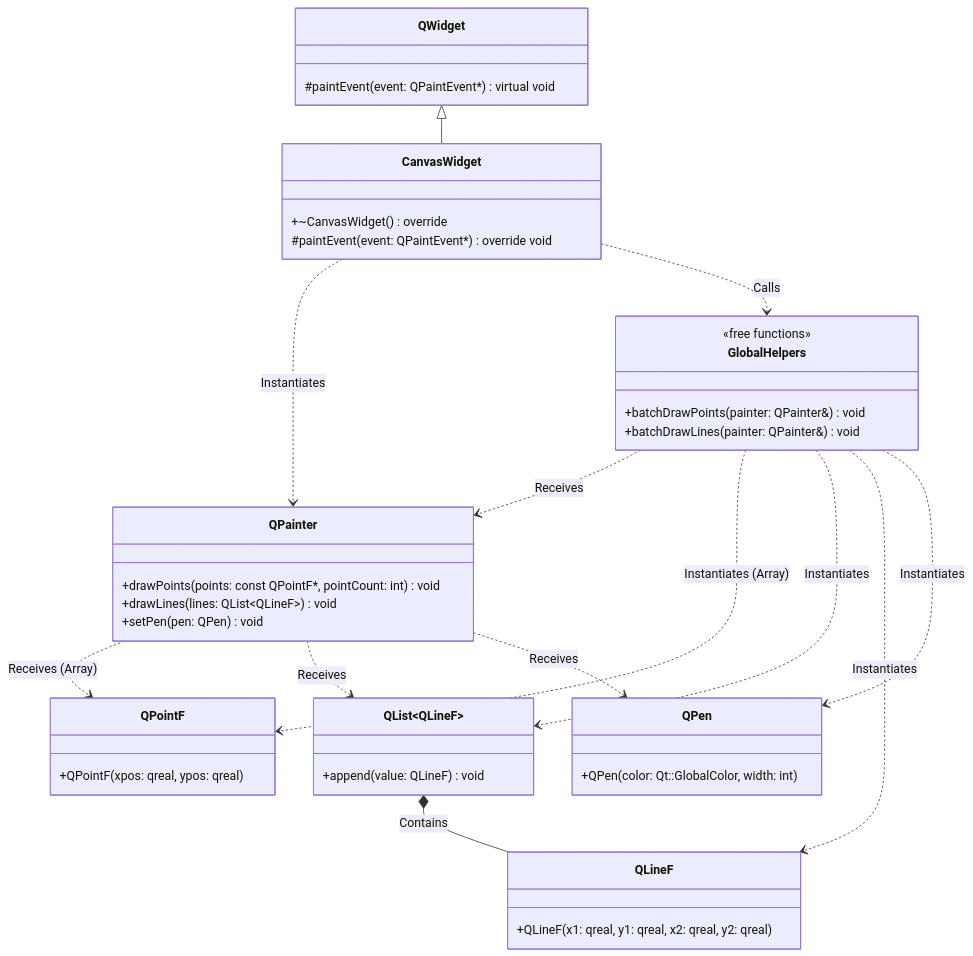
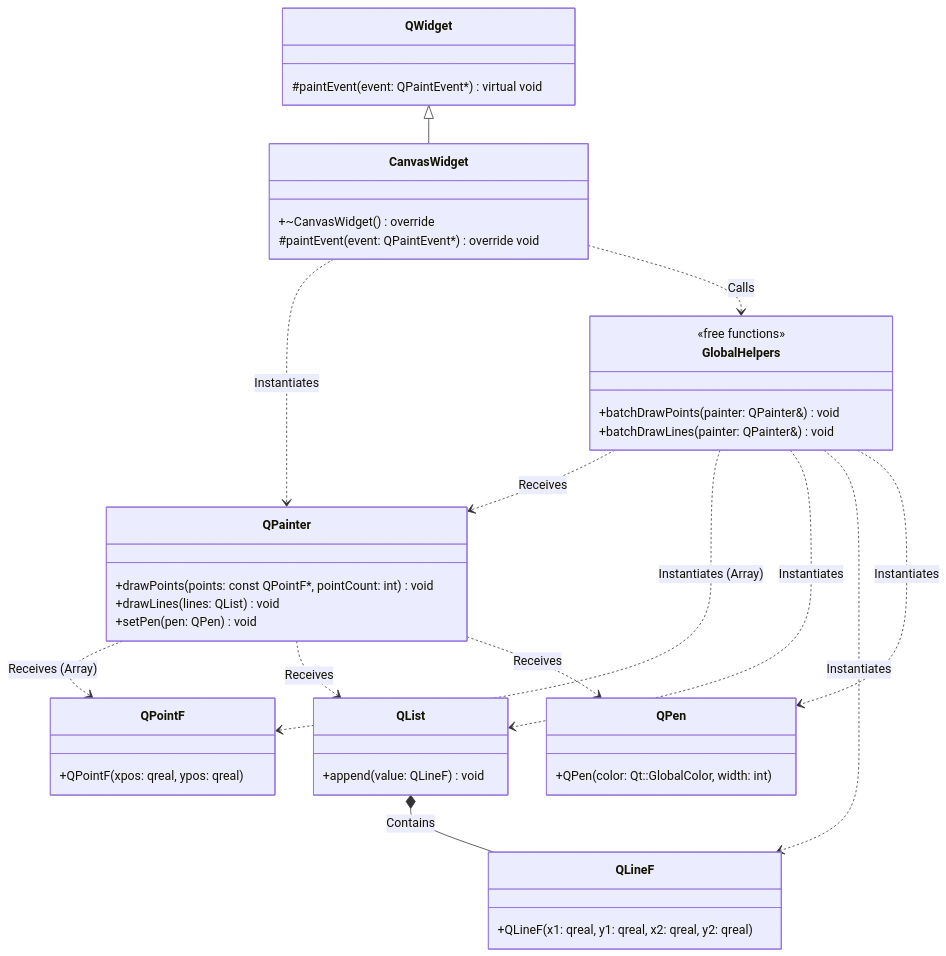
Before and after one commit to Mallikarjuna00G/qPainterLearning_001: the eighth of 17 diagrams in docs/listOfProjects.md, drawn with Mermaid. The commit also changed other lines of this file, not shown here.

Commit message:
docs: Fix mermaid diagram rendering errors

````diff
--- a/docs/listOfProjects.md
+++ b/docs/listOfProjects.md
@@ -387,56 +387,56 @@
 ```mermaid
 classDiagram
     class QPainter {
         +drawPoints(points: const QPointF*, pointCount: int) void
-        +drawLines(lines: QList~QLineF~) void
+        +drawLines(lines: QList) void
         +setPen(pen: QPen) void
     }
     
     class QPen {
         +QPen(color: Qt::GlobalColor, width: int)
     }
     
     class QPointF {
         +QPointF(xpos: qreal, ypos: qreal)
     }
     
     class QLineF {
         +QLineF(x1: qreal, y1: qreal, x2: qreal, y2: qreal)
     }
     
-    class `QList~QLineF~` {
+    class QList {
         +append(value: QLineF) void
     }
     
     QWidget <|-- CanvasWidget
     
     class QWidget {
         #paintEvent(event: QPaintEvent*) virtual void
     }
     
     class CanvasWidget {
         +~CanvasWidget() override
         #paintEvent(event: QPaintEvent*) override void
     }
     
     class GlobalHelpers {
         <<free functions>>
         +batchDrawPoints(painter: QPainter&) void
         +batchDrawLines(painter: QPainter&) void
     }
     
     CanvasWidget ..> QPainter : Instantiates
     CanvasWidget ..> GlobalHelpers : Calls
     
     GlobalHelpers ..> QPainter : Receives
     GlobalHelpers ..> QPointF : Instantiates (Array)
-    GlobalHelpers ..> `QList~QLineF~` : Instantiates
+    GlobalHelpers ..> QList : Instantiates
     GlobalHelpers ..> QLineF : Instantiates
     GlobalHelpers ..> QPen : Instantiates
     
-    `QList~QLineF~` *-- QLineF : Contains
+    QList *-- QLineF : Contains
     
     QPainter ..> QPointF : Receives (Array)
-    QPainter ..> `QList~QLineF~` : Receives
+    QPainter ..> QList : Receives
     QPainter ..> QPen : Receives
 ```
````
